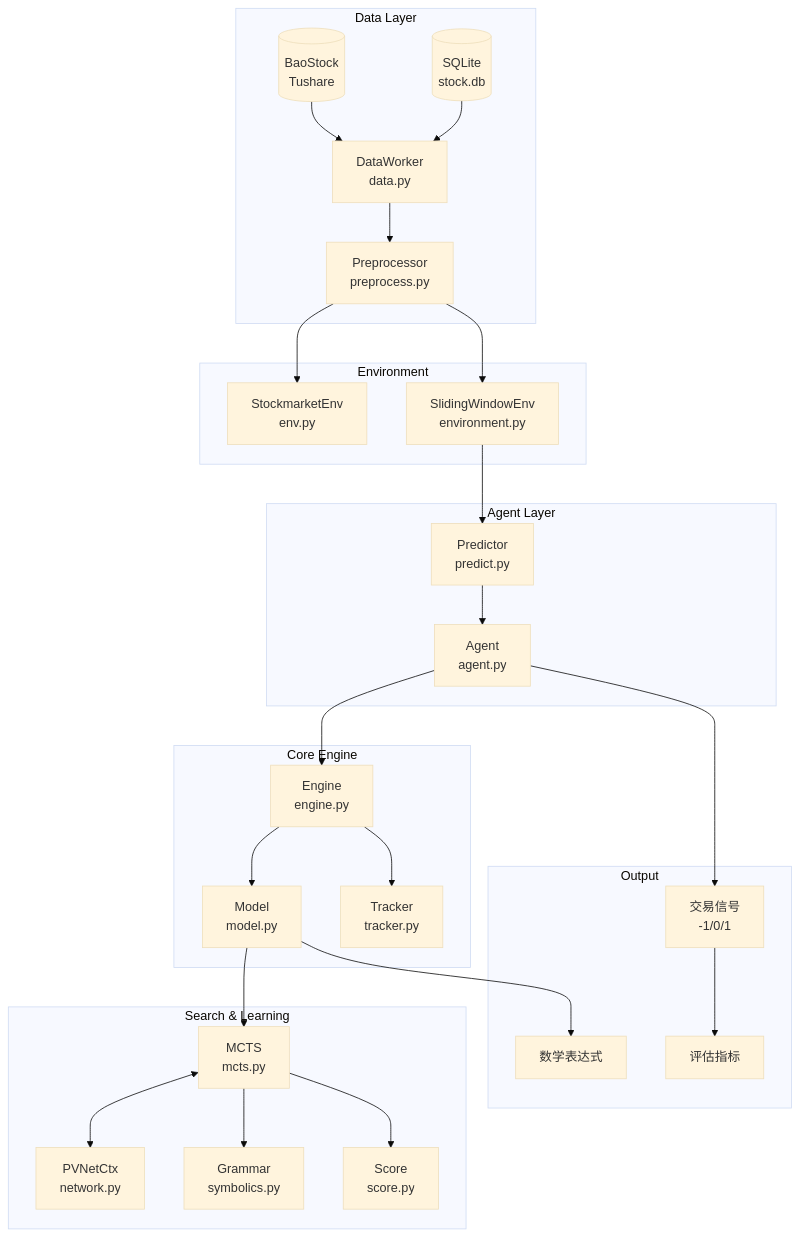
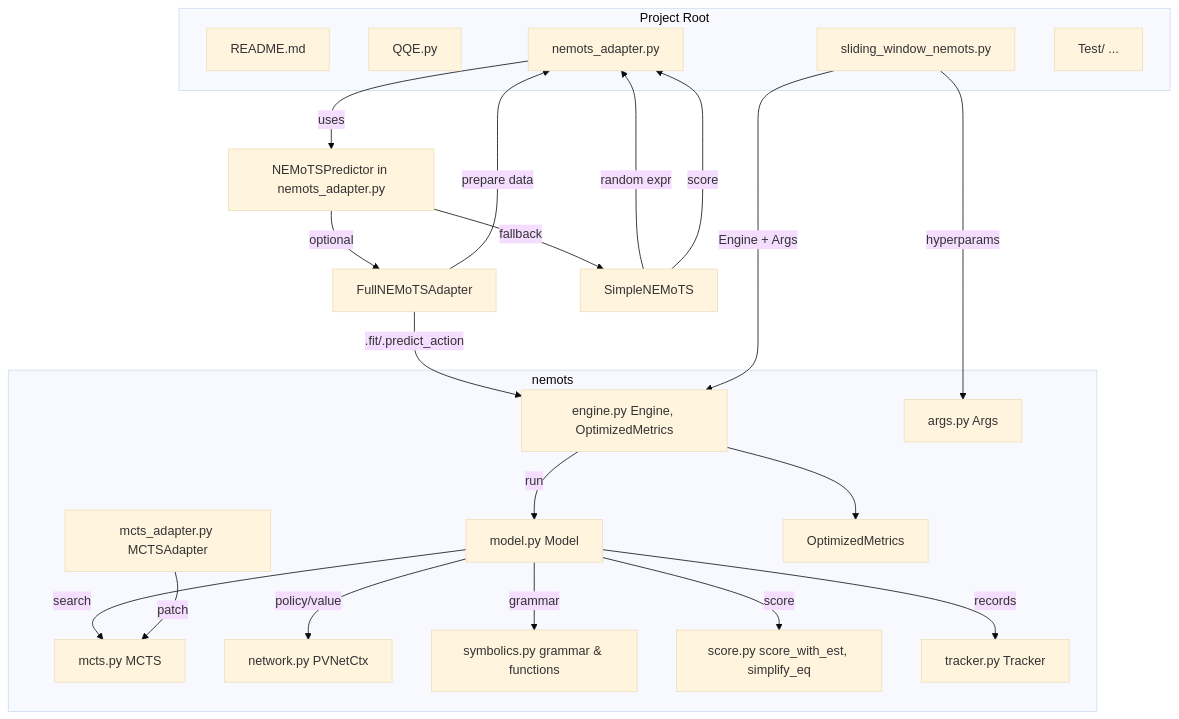
One commit to JNU-Tangyin/eata changed the third of 4 diagrams in README.md. Above: the diagram before and after it, drawn with Mermaid (base theme). The commit also changed other lines of this file and 954 other files, not shown here.

First line of the commit message:
``` docs: 大幅精简 README，聚焦核心架构与流程图

````diff
--- a/README.md
+++ b/README.md
@@ -172,56 +118,44 @@
 ```mermaid
-graph TB
-    subgraph Data Layer
-        BaoStock[(BaoStock<br/>Tushare)]
-        SQLite[(SQLite<br/>stock.db)]
-        DataWorker[DataWorker<br/>data.py]
-        Preprocessor[Preprocessor<br/>preprocess.py]
+graph TD
+    subgraph Project Root
+        README[README.md]
+        QQE[QQE.py]
+        SW[sliding_window_nemots.py]
+        Adapter[nemots_adapter.py]
+        TestDir[Test/ ...]
     end
-  
-    subgraph Environment
-        StockEnv[StockmarketEnv<br/>env.py]
-        SlidingEnv[SlidingWindowEnv<br/>environment.py]
+
+    subgraph nemots
+        NEngine[engine.py Engine, OptimizedMetrics]
+        NModel[model.py Model]
+        NMCTS[mcts.py MCTS]
+        NMCTSAdp[mcts_adapter.py MCTSAdapter]
+        NNet[network.py PVNetCtx]
+        NSym[symbolics.py grammar & functions]
+        NScore[score.py score_with_est, simplify_eq]
+        NArgs[args.py Args]
+        NTrack[tracker.py Tracker]
+        NMetrics[OptimizedMetrics]
     end
-  
-    subgraph Agent Layer
-        Agent[Agent<br/>agent.py]
-        Predictor[Predictor<br/>predict.py]
-    end
-  
-    subgraph Core Engine
-        Engine[Engine<br/>engine.py]
-        Model[Model<br/>model.py]
-        Tracker[Tracker<br/>tracker.py]
-    end
-  
-    subgraph Search & Learning
-        MCTS[MCTS<br/>mcts.py]
-        PVNet[PVNetCtx<br/>network.py]
-        Grammar[Grammar<br/>symbolics.py]
-        Score[Score<br/>score.py]
-    end
-  
-    subgraph Output
-        Expression[数学表达式]
-        Signal[交易信号<br/>-1/0/1]
-        Metrics[评估指标]
-    end
-  
-    BaoStock --> DataWorker
-    SQLite --> DataWorker
-    DataWorker --> Preprocessor
-    Preprocessor --> StockEnv
-    Preprocessor --> SlidingEnv
-    SlidingEnv --> Predictor
-    Predictor --> Agent
-    Agent --> Engine
-    Engine --> Model
-    Engine --> Tracker
-    Model --> MCTS
-    MCTS <--> PVNet
-    MCTS --> Grammar
-    MCTS --> Score
-    Model --> Expression
-    Agent --> Signal
-    Signal --> Metrics
+
+    Adapter --> |uses| NPredict[NEMoTSPredictor in nemots_adapter.py]
+    NPredict --> |optional| Full[FullNEMoTSAdapter]
+    NPredict --> |fallback| Simple[SimpleNEMoTS]
+
+    Full --> |.fit/.predict_action| NEngine
+    Full --> |prepare data| Adapter
+    NEngine --> |run| NModel
+    NModel --> |search| NMCTS
+    NModel --> |policy/value| NNet
+    NModel --> |grammar| NSym
+    NModel --> |score| NScore
+    NModel --> |records| NTrack
+    NMCTSAdp --> |patch| NMCTS
+    NEngine --> NMetrics
+
+    SW --> |Engine + Args| NEngine
+    SW --> |hyperparams| NArgs
+
+    Simple --> |random expr| Adapter
+    Simple --> |score| Adapter
 ```
````
